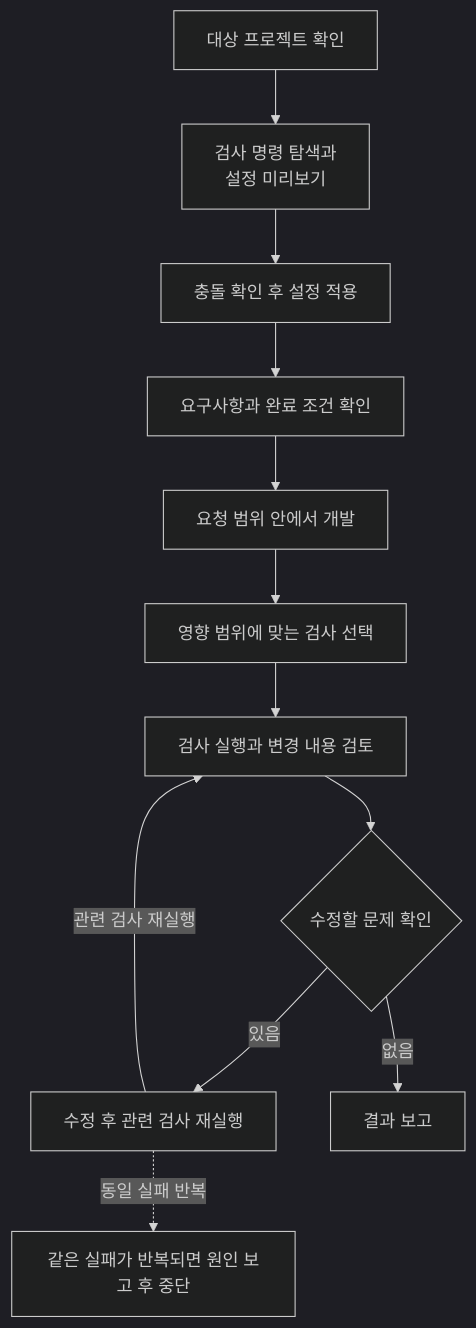
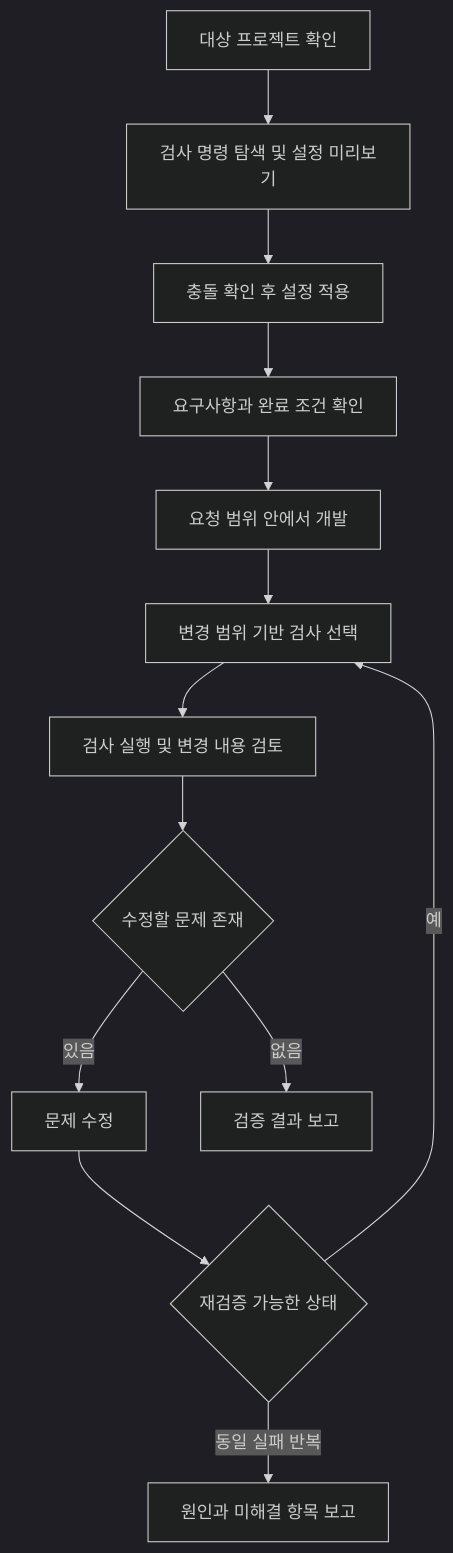
The diagram in projects/ai-development-setup/codex-quality.md (KimHG1995/work-history), drawn with Mermaid (dark theme) before and after one commit. The commit also changed other lines of this file, not shown here.

Commit message:
docs: clarify project flow diagrams without unsupported implementation claims

````diff
--- a/projects/ai-development-setup/codex-quality.md
+++ b/projects/ai-development-setup/codex-quality.md
@@ -71,14 +71,15 @@
 ```mermaid
 flowchart TD
-    target["대상 프로젝트 확인"] --> detect["검사 명령 탐색과<br/>설정 미리보기"]
+    target["대상 프로젝트 확인"] --> detect["검사 명령 탐색 및 설정 미리보기"]
     detect --> apply["충돌 확인 후 설정 적용"]
     apply --> task["요구사항과 완료 조건 확인"]
     task --> implement["요청 범위 안에서 개발"]
-    implement --> plan["영향 범위에 맞는 검사 선택"]
-    plan --> run["검사 실행과 변경 내용 검토"]
-    run --> decision{"수정할 문제 확인"}
-    decision -->|있음| fix["수정 후 관련 검사 재실행"]
-    fix -->|관련 검사 재실행| run
-    decision -->|없음| report["결과 보고"]
-    fix -.->|동일 실패 반복| blocked["같은 실패가 반복되면 원인 보고 후 중단"]
+    implement --> plan["변경 범위 기반 검사 선택"]
+    plan --> run["검사 실행 및 변경 내용 검토"]
+    run --> decision{"수정할 문제 존재"}
+    decision -->|있음| fix["문제 수정"]
+    fix --> retry{"재검증 가능한 상태"}
+    retry -->|예| plan
+    retry -->|동일 실패 반복| blocked["원인과 미해결 항목 보고"]
+    decision -->|없음| report["검증 결과 보고"]
 ```
````
